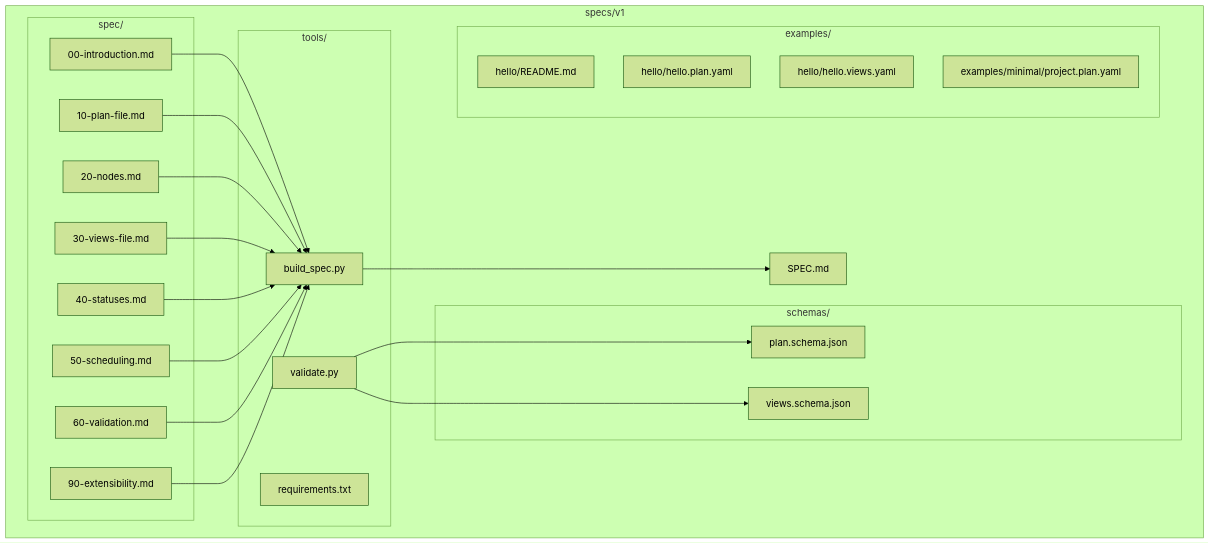
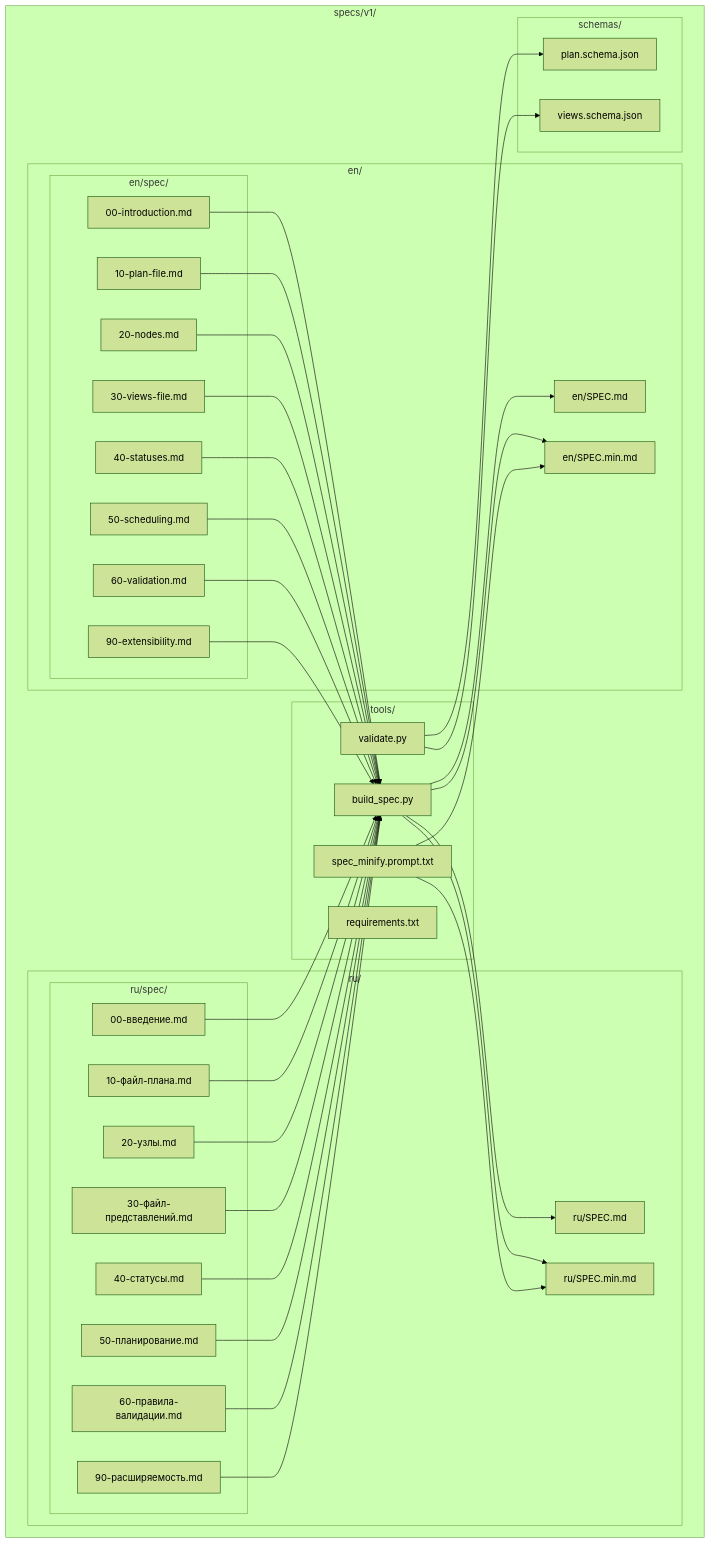
Before and after one commit to asukhodko/opskarta: the first of 6 diagrams in .qoder/repowiki/en/content/Tooling and Utilities/Specification Builder.md, drawn with Mermaid (forest theme). The commit also changed other lines of this file and 7 other files, not shown here.

````diff
--- a/.qoder/repowiki/en/content/Tooling and Utilities/Specification Builder.md
+++ b/.qoder/repowiki/en/content/Tooling and Utilities/Specification Builder.md
@@ -48,42 +67,67 @@
 ```mermaid
 graph TB
-subgraph "specs/v1"
-subgraph "spec/"
+subgraph "specs/v1/"
+subgraph "en/"
+subgraph "en/spec/"
 F0["00-introduction.md"]
 F1["10-plan-file.md"]
 F2["20-nodes.md"]
 F3["30-views-file.md"]
 F4["40-statuses.md"]
 F5["50-scheduling.md"]
 F6["60-validation.md"]
 F9["90-extensibility.md"]
 end
+EN_OUT["en/SPEC.md"]
+EN_MIN["en/SPEC.min.md"]
+end
+subgraph "ru/"
+subgraph "ru/spec/"
+R0["00-введение.md"]
+R1["10-файл-плана.md"]
+R2["20-узлы.md"]
+R3["30-файл-представлений.md"]
+R4["40-статусы.md"]
+R5["50-планирование.md"]
+R6["60-правила-валидации.md"]
+R9["90-расширяемость.md"]
+end
+RU_OUT["ru/SPEC.md"]
+RU_MIN["ru/SPEC.min.md"]
+end
 subgraph "tools/"
 B["build_spec.py"]
 V["validate.py"]
 R["requirements.txt"]
+P["spec_minify.prompt.txt"]
 end
 subgraph "schemas/"
-P["plan.schema.json"]
-W["views.schema.json"]
+PS["plan.schema.json"]
+WS["views.schema.json"]
 end
-subgraph "examples/"
-E1["hello/README.md"]
-E2["hello/hello.plan.yaml"]
-E3["hello/hello.views.yaml"]
-EM["examples/minimal/project.plan.yaml"]
-end
-OUT["SPEC.md"]
 end
 F0 --> B
 F1 --> B
 F2 --> B
 F3 --> B
 F4 --> B
 F5 --> B
 F6 --> B
 F9 --> B
-B --> OUT
-V --> P
-V --> W
+R0 --> B
+R1 --> B
+R2 --> B
+R3 --> B
+R4 --> B
+R5 --> B
+R6 --> B
+R9 --> B
+B --> EN_OUT
+B --> RU_OUT
+B --> EN_MIN
+B --> RU_MIN
+V --> PS
+V --> WS
+P --> EN_MIN
+P --> RU_MIN
 ```
````
